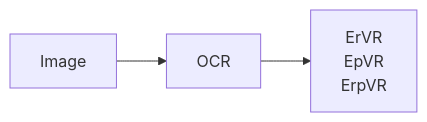
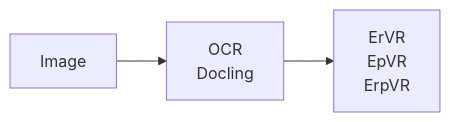
One commit to mariogarcia-ar/docflow changed the sixth of 8 diagrams in pipelines.md. Above: the diagram before and after it, drawn with Mermaid. The commit also changed other lines of this file and 6 other files, not shown here.

Commit message:
Clarify OCR engine usage and documentation across multiple files, emphasizing that Docling is the fixed engine for OCR processes and detailing its role in the extraction pipeline.

````diff
--- a/pipelines.md
+++ b/pipelines.md
@@ -175,4 +179,4 @@
 ```mermaid
 graph LR
-    A["Image"] --> B["OCR"] --> C["ErVR<br/>EpVR<br/>ErpVR"]
+    A["Image"] --> B["OCR<br/>Docling"] --> C["ErVR<br/>EpVR<br/>ErpVR"]
 ```
````
